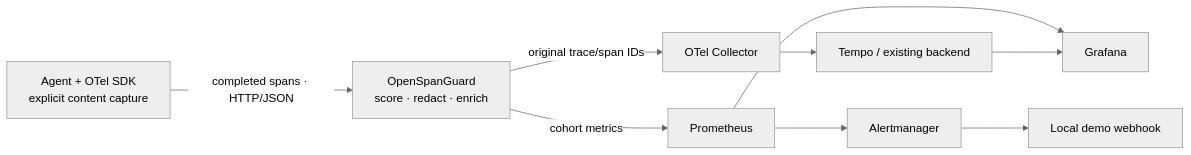
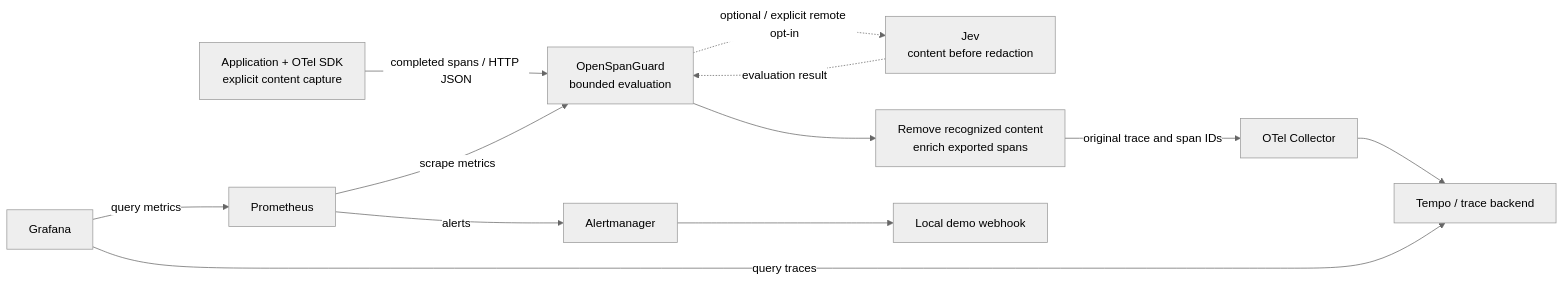
One commit to alebgl77/openspanguard changed the diagram in README.md. Above: the diagram before and after it, drawn with Mermaid (neutral theme). The commit also changed other lines of this file and 28 other files, not shown here.

````diff
--- a/README.md
+++ b/README.md
@@ -9,11 +113,14 @@
 ```mermaid
 flowchart LR
-  A["Agent + OTel SDK<br/>explicit content capture"] -->|completed spans · HTTP/JSON| G["OpenSpanGuard<br/>score · redact · enrich"]
-  G -->|original trace/span IDs| C["OTel Collector"]
-  C --> T["Tempo / existing backend"]
-  G -->|cohort metrics| P["Prometheus"]
-  P --> AM["Alertmanager"]
+  A["Application + OTel SDK<br/>explicit content capture"] -->|completed spans / HTTP JSON| E["OpenSpanGuard<br/>bounded evaluation"]
+  E -.->|optional / explicit remote opt-in| J["Jev<br/>content before redaction"]
+  J -.->|evaluation result| E
+  E --> R["Remove recognized content<br/>enrich exported spans"]
+  R -->|original trace and span IDs| C["OTel Collector"]
+  C --> T["Tempo / trace backend"]
+  P["Prometheus"] -->|scrape metrics| E
+  G["Grafana"] -->|query metrics| P
+  G -->|query traces| T
+  P -->|alerts| AM["Alertmanager"]
   AM --> W["Local demo webhook"]
-  P --> F["Grafana"]
-  T --> F
 ```
````
